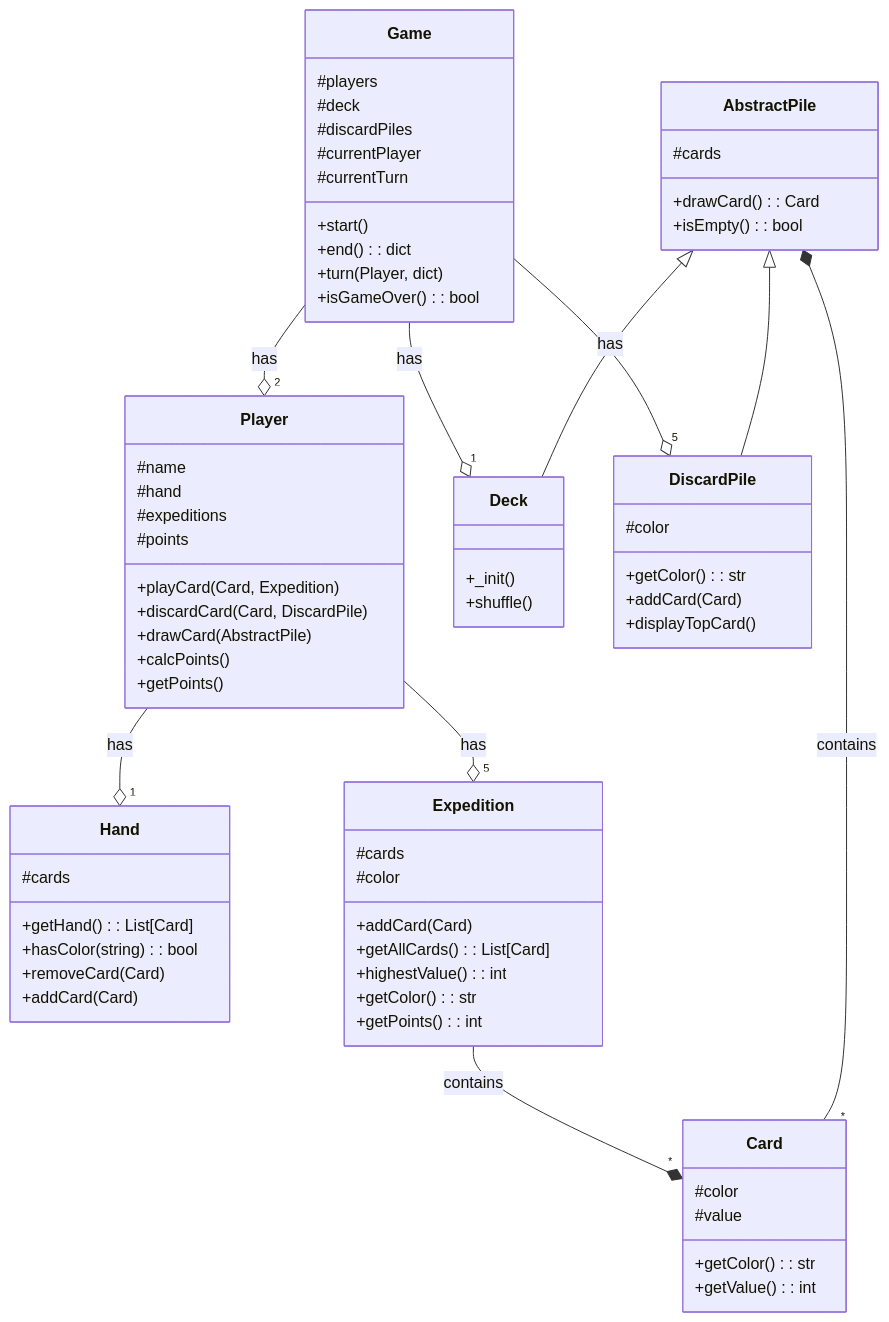
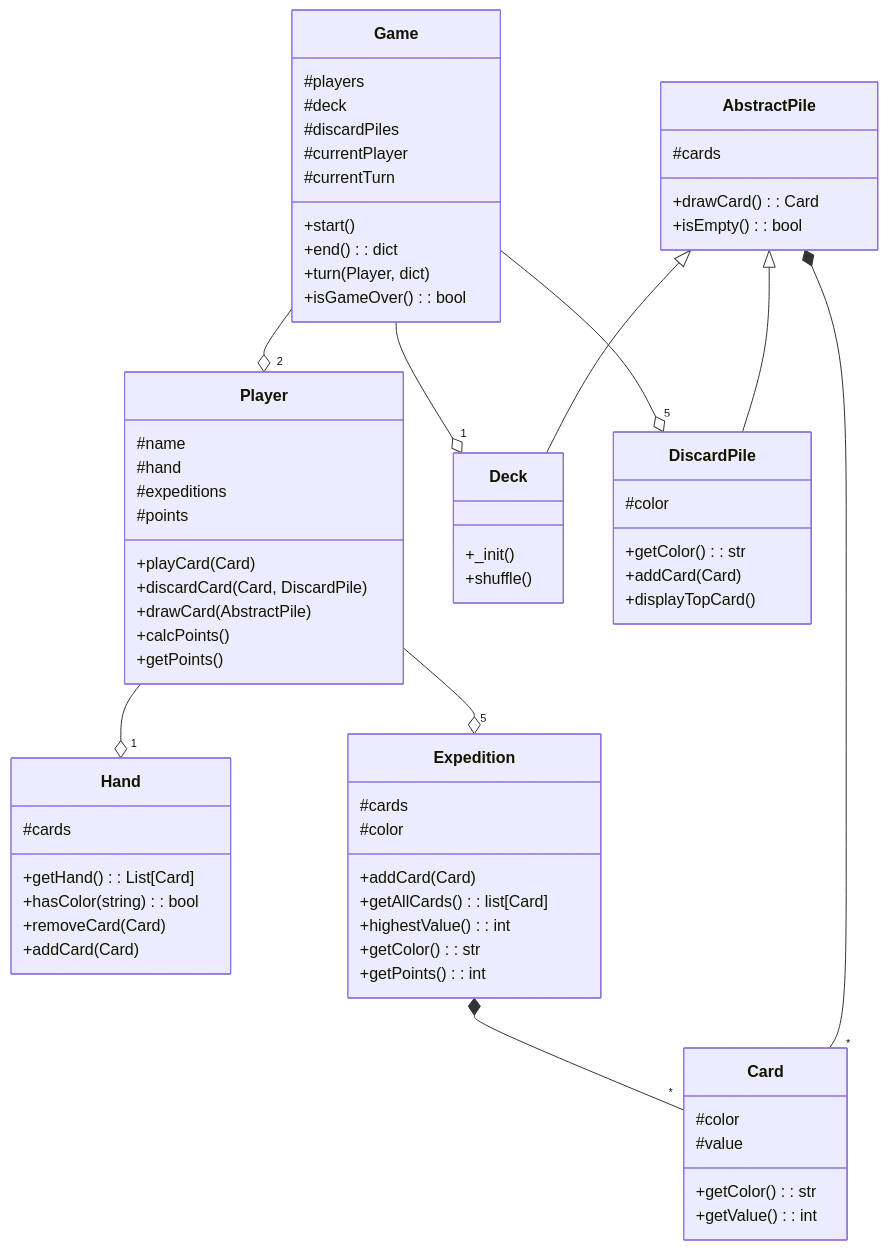
The diagram in docs/class_diagram/class_diagram.md (Uni-Sopron/szta-23-kebeleicsaba), drawn with Mermaid before and after one commit. The commit also changed 2 other files, not shown here.

Commit message:
fix class diagram

````diff
--- a/docs/class_diagram/class_diagram.md
+++ b/docs/class_diagram/class_diagram.md
@@ -1,71 +1,71 @@
 ```mermaid
 classDiagram
-    Game --o "2" Player : has
-    Game --o "1" Deck : has
-    Game --o "5" DiscardPile : has
-    Player --o "1" Hand : has
-    Player --o "5" Expedition : has
-    Expedition --* "*" Card : contains
-    AbstractPile *-- "*" Card : contains
+    Game --o "2" Player
+    Game --o "1" Deck
+    Game --o "5" DiscardPile
+    Player --o "1" Hand
+    Player --o "5" Expedition
+    Expedition *-- "*" Card
+    AbstractPile *-- "*" Card
     AbstractPile <|-- Deck
     AbstractPile <|-- DiscardPile
     class Game{
       #players
       #deck
       #discardPiles
       #currentPlayer
       #currentTurn
       +start()
       +end() : dict
       +turn(Player, dict)
       +isGameOver() : bool
     }
     class Player{
       #name
       #hand
       #expeditions
       #points
-      +playCard(Card, Expedition)
+      +playCard(Card)
       +discardCard(Card, DiscardPile)
       +drawCard(AbstractPile)
       +calcPoints()
       +getPoints()
     }
     class AbstractPile{
       #cards
       +drawCard() : Card
       +isEmpty() : bool
     }
     class Card{
       #color
       #value
       +getColor() : str
       +getValue() : int
     }
     class Deck{
       +_init()
       +shuffle()
     }
     class DiscardPile{
       #color
       +getColor() : str
       +addCard(Card)
       +displayTopCard()
     }
     class Hand{
       #cards
       +getHand() : List[Card]
       +hasColor(string) : bool
       +removeCard(Card)
       +addCard(Card)
     }
     class Expedition{
       #cards
       #color
       +addCard(Card)
-      +getAllCards() : List[Card]
+      +getAllCards() : list[Card]
       +highestValue() : int
       +getColor() : str
       +getPoints() : int
     }
 ```
````
